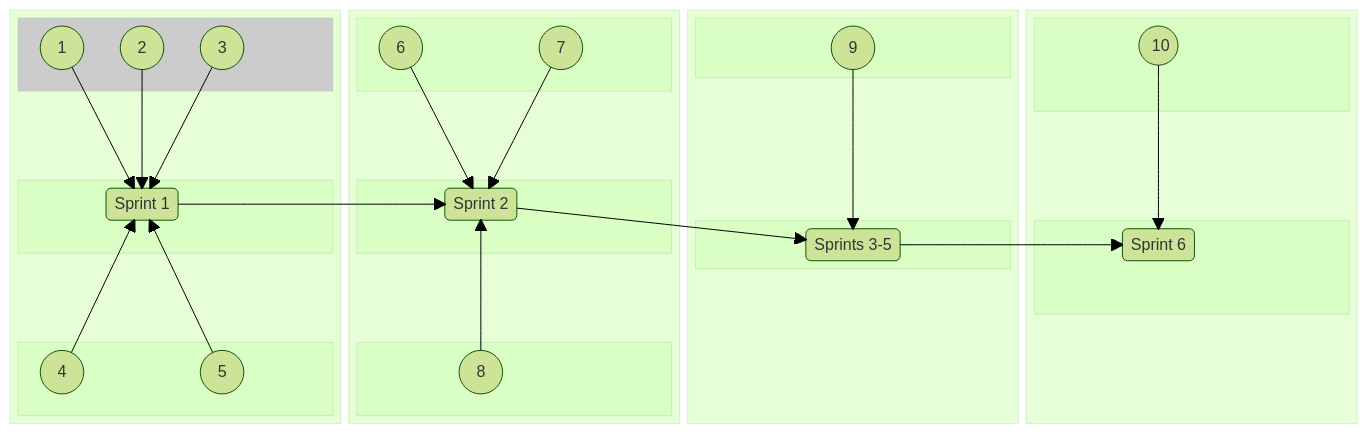
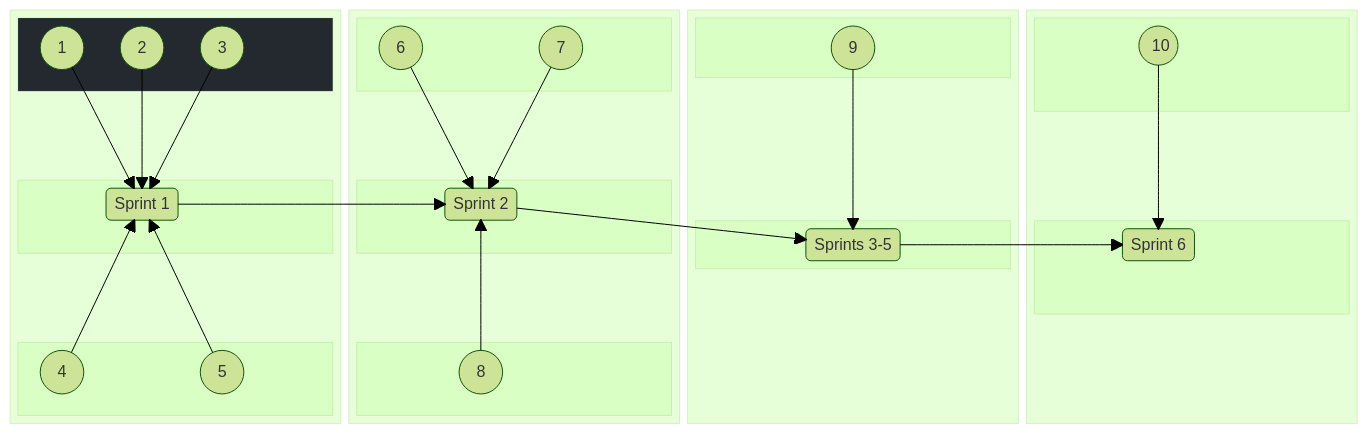
Before and after one commit to jdmedlock/mermaid_testing: the second of 2 diagrams in README.md, drawn with Mermaid (forest theme).

Commit message:
Feature: Add annotations to test layout

````diff
--- a/README.md
+++ b/README.md
@@ -190,5 +190,5 @@
     SPRINT2 --> SPRINTS35
     SPRINTS35 --> SPRINT6
 
-    style B1TOP fill:#ccc
+    style B1TOP fill:#24292f
 ```
````
